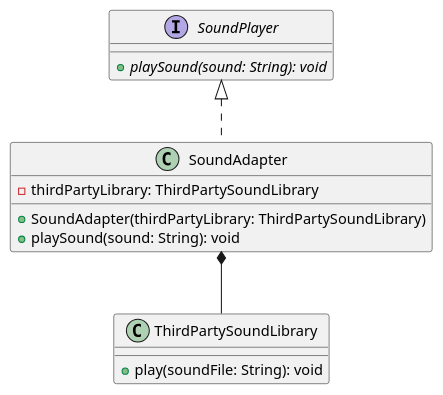
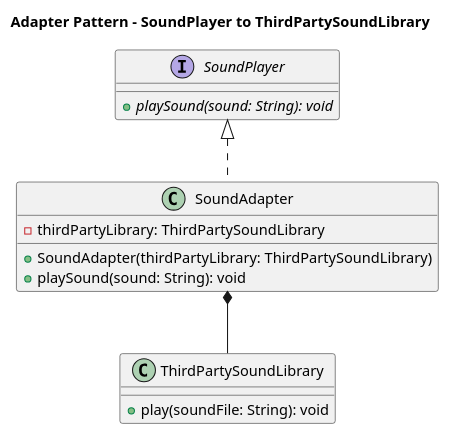
Before and after one commit to project-survivor/documentation: the diagram in UML/Adapter/adapter.plantuml, drawn with PlantUML.

Commit message:
feat: add title to adapter UML diagram

```diff
--- a/UML/Adapter/adapter.plantuml
+++ b/UML/Adapter/adapter.plantuml
@@ -1,21 +1,23 @@
 @startuml
 hide footbox
+
+title Adapter Pattern - SoundPlayer to ThirdPartySoundLibrary
 
 interface SoundPlayer {
     {abstract} +playSound(sound: String): void
 }
 
 class ThirdPartySoundLibrary {
     +play(soundFile: String): void
 }
 
 class SoundAdapter {
     -thirdPartyLibrary: ThirdPartySoundLibrary
     +SoundAdapter(thirdPartyLibrary: ThirdPartySoundLibrary)
     +playSound(sound: String): void
 }
 
 SoundPlayer <|.. SoundAdapter
 SoundAdapter *-- ThirdPartySoundLibrary
 
 @enduml
```
